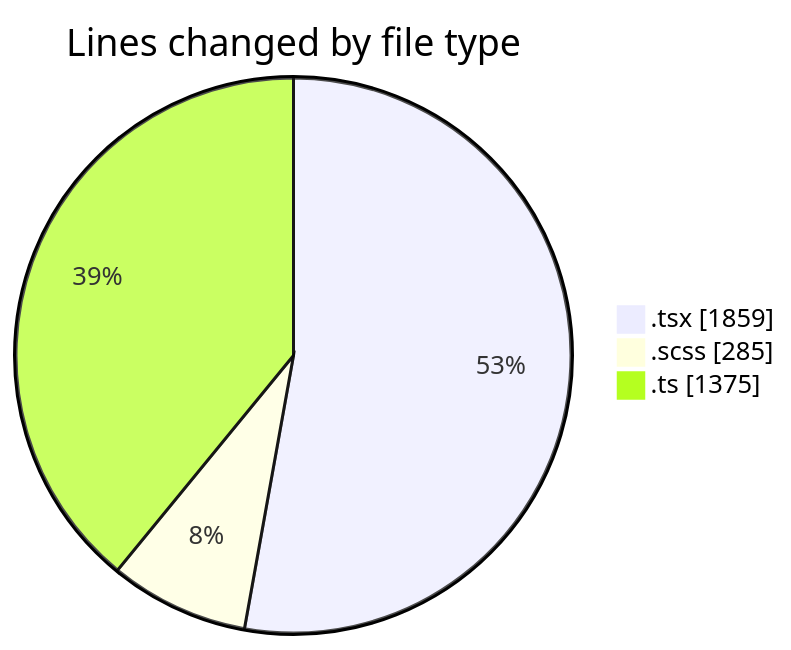
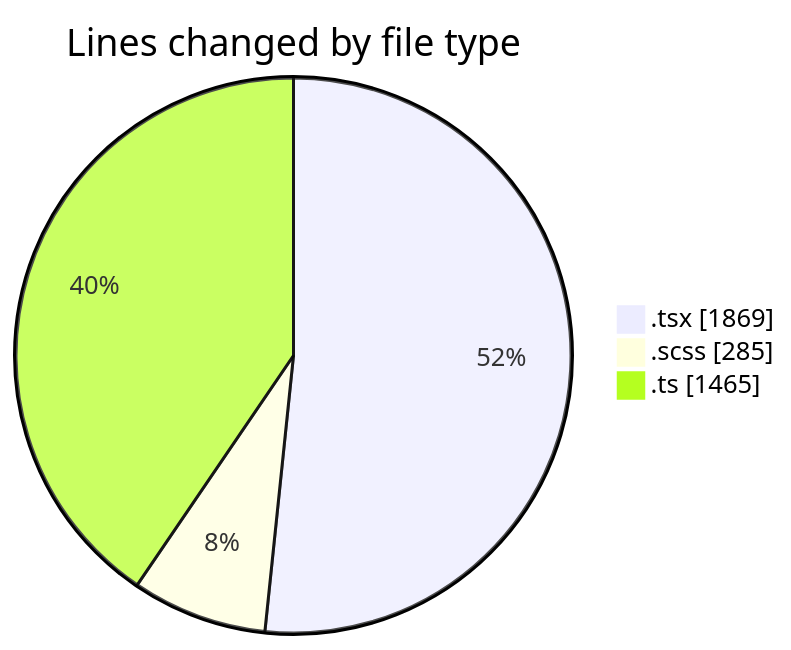
One commit to momahboobian/code-tracking changed the first of 2 diagrams in 2026-02-25/cda/README.md. Above: the diagram before and after it, drawn with Mermaid. The commit also changed other lines of this file and 1 other file, not shown here.

````diff
--- a/2026-02-25/cda/README.md
+++ b/2026-02-25/cda/README.md
@@ -25,7 +25,7 @@
 ```mermaid
 pie showData
 title Lines changed by file type
-".tsx" : 1859
+".tsx" : 1869
 ".scss" : 285
-".ts" : 1375
+".ts" : 1465
 ```
````
